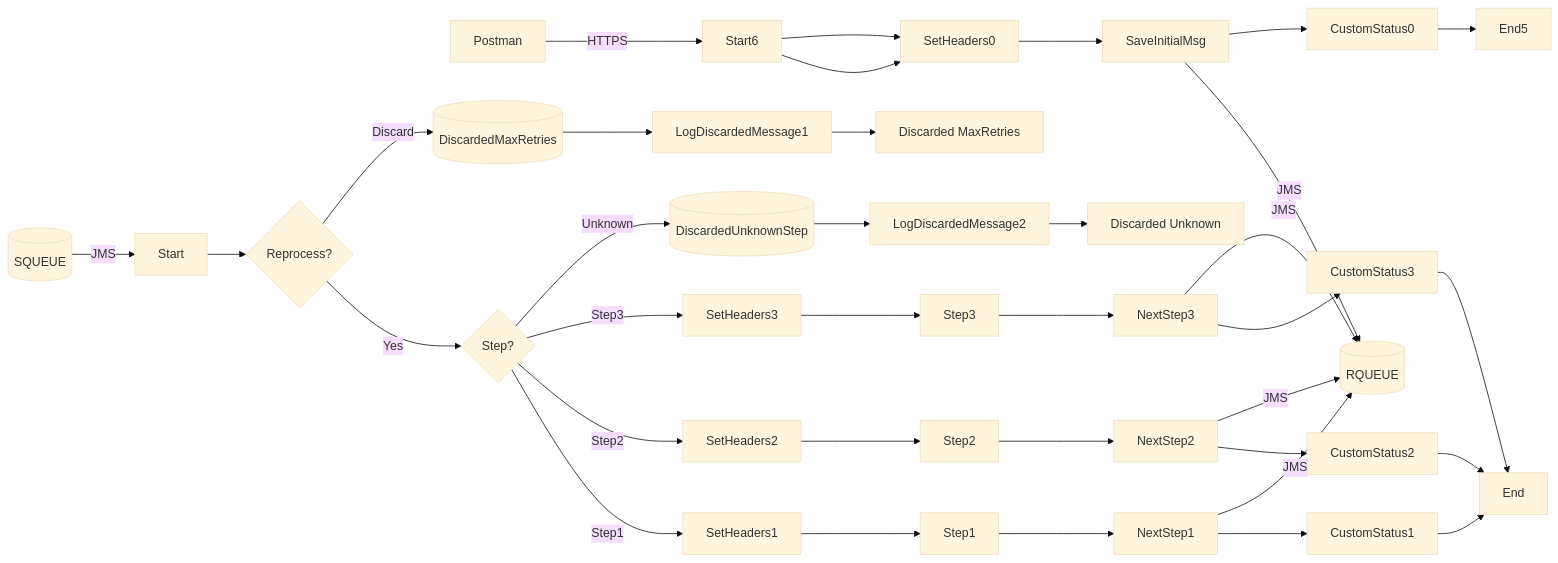
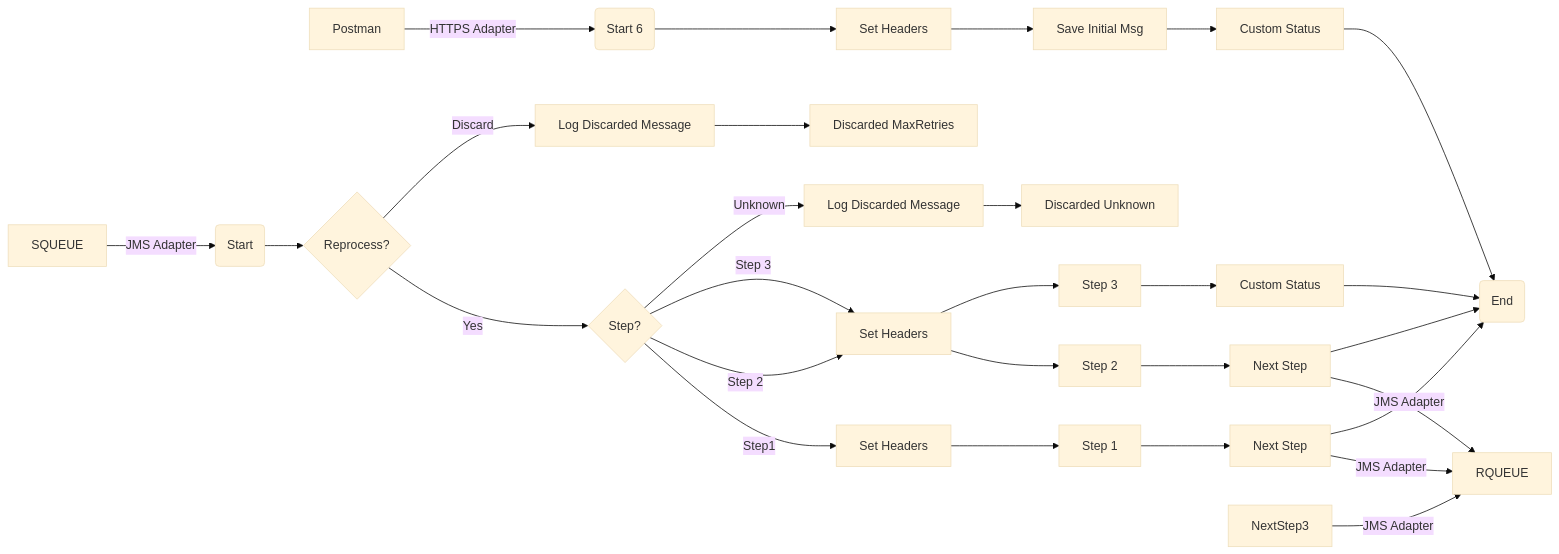
Before and after one commit to Avvale-IA-CICD/AvvaleCPI: the diagram in MMZ - Cell Iflows/SEDA_Model_-_Single_Queue_-_Restart_and_Discard_MMZ-1.0.0/readme.md, drawn with Mermaid (base theme). The commit also changed other lines of this file, not shown here.

Commit message:
Add/update documentation for SEDA_Model_-_Single_Queue_-_Restart_and_Discard_MMZ v1.0.0

````diff
--- a/MMZ - Cell Iflows/SEDA_Model_-_Single_Queue_-_Restart_and_Discard_MMZ-1.0.0/readme.md
+++ b/MMZ - Cell Iflows/SEDA_Model_-_Single_Queue_-_Restart_and_Discard_MMZ-1.0.0/readme.md
@@ -5,37 +4,59 @@
 ```mermaid
 graph LR
-    SQUEUE[(SQUEUE)] -- JMS --> Start
-    Postman -- HTTPS --> Start6
-    Start --> Reprocess{Reprocess?}
-    Start6 --> SetHeaders0
-    Reprocess -- Yes --> Step?{Step?}
-    Reprocess -- Discard --> Discarded[(DiscardedMaxRetries)]
-    Discarded --> LogDiscardedMessage1
-    LogDiscardedMessage1 --> DiscardedMaxRetries[Discarded MaxRetries]
-    Step? -- Step1 --> SetHeaders1
-    Step? -- Step2 --> SetHeaders2
-    Step? -- Step3 --> SetHeaders3
-    Step? -- Unknown --> DiscardedUnknown[(DiscardedUnknownStep)]
-    DiscardedUnknown --> LogDiscardedMessage2
-    LogDiscardedMessage2 --> DiscardedUnknownStep[Discarded Unknown]
-    SetHeaders1 --> Step1
-    SetHeaders2 --> Step2
+    SQUEUE[SQUEUE]
+    Postman[Postman]
+    RQUEUE[RQUEUE]
+    Start(Start)
+    Start6(Start 6)
+    ExclusiveGateway9098{Reprocess?}
+    ExclusiveGateway12{Step?}
+    SetHeaders1[Set Headers]
+    Step1[Step 1]
+    NextStep1[Next Step]
+    SetHeaders2[Set Headers]
+    Step2[Step 2]
+    NextStep2[Next Step]
+    SetHeaders3[Set Headers]
+    Step3[Step 3]
+    CustomStatus3[Custom Status]
+    DiscardedUnknown[Discarded Unknown]
+    LogDiscardedMessage1[Log Discarded Message]
+    DiscardedMaxRetries[Discarded MaxRetries]
+    LogDiscardedMessage2[Log Discarded Message]
+    End(End)
+    SaveInitialMsg[Save Initial Msg]
+    CustomStatus0[Custom Status]
+
+    SQUEUE -- JMS Adapter --> Start
+    Postman -- HTTPS Adapter --> Start6
+    NextStep1 -- JMS Adapter --> RQUEUE
+    NextStep2 -- JMS Adapter --> RQUEUE
+    NextStep3 -- JMS Adapter --> RQUEUE
+
+    Start6 --> SetHeaders1
+    SetHeaders1 --> SaveInitialMsg
+    SaveInitialMsg --> CustomStatus0
+    CustomStatus0 --> End
+
+    Start --> ExclusiveGateway9098
+    ExclusiveGateway9098 -- Yes --> ExclusiveGateway12
+    ExclusiveGateway9098 -- Discard --> LogDiscardedMessage2
+    LogDiscardedMessage2 --> DiscardedMaxRetries
+    ExclusiveGateway12 -- Step1 --> SetHeaders2
+    ExclusiveGateway12 -- Step 2 --> SetHeaders3
+    ExclusiveGateway12 -- Step 3 --> SetHeaders3
+    ExclusiveGateway12 -- Unknown --> LogDiscardedMessage1
+    LogDiscardedMessage1 --> DiscardedUnknown
+
+    SetHeaders2 --> Step1
+    Step1 --> NextStep1
+    NextStep1 --> End
+
+    SetHeaders3 --> Step2
+    Step2 --> NextStep2
+    NextStep2 --> End
+
     SetHeaders3 --> Step3
-    Step1 --> NextStep1
-    Step2 --> NextStep2
-    Step3 --> NextStep3
-    NextStep1 --> CustomStatus1
-    NextStep2 --> CustomStatus2
-    NextStep3 --> CustomStatus3
-    CustomStatus1 --> End
-    CustomStatus2 --> End
+    Step3 --> CustomStatus3
     CustomStatus3 --> End
-    NextStep1 -- JMS --> RQUEUE[(RQUEUE)]
-    NextStep2 -- JMS --> RQUEUE
-    NextStep3 -- JMS --> RQUEUE
-    Start6 --> SetHeaders0
-    SetHeaders0 --> SaveInitialMsg
-    SaveInitialMsg -- JMS --> RQUEUE
-    SaveInitialMsg --> CustomStatus0
-    CustomStatus0 --> End5
 ```
````
